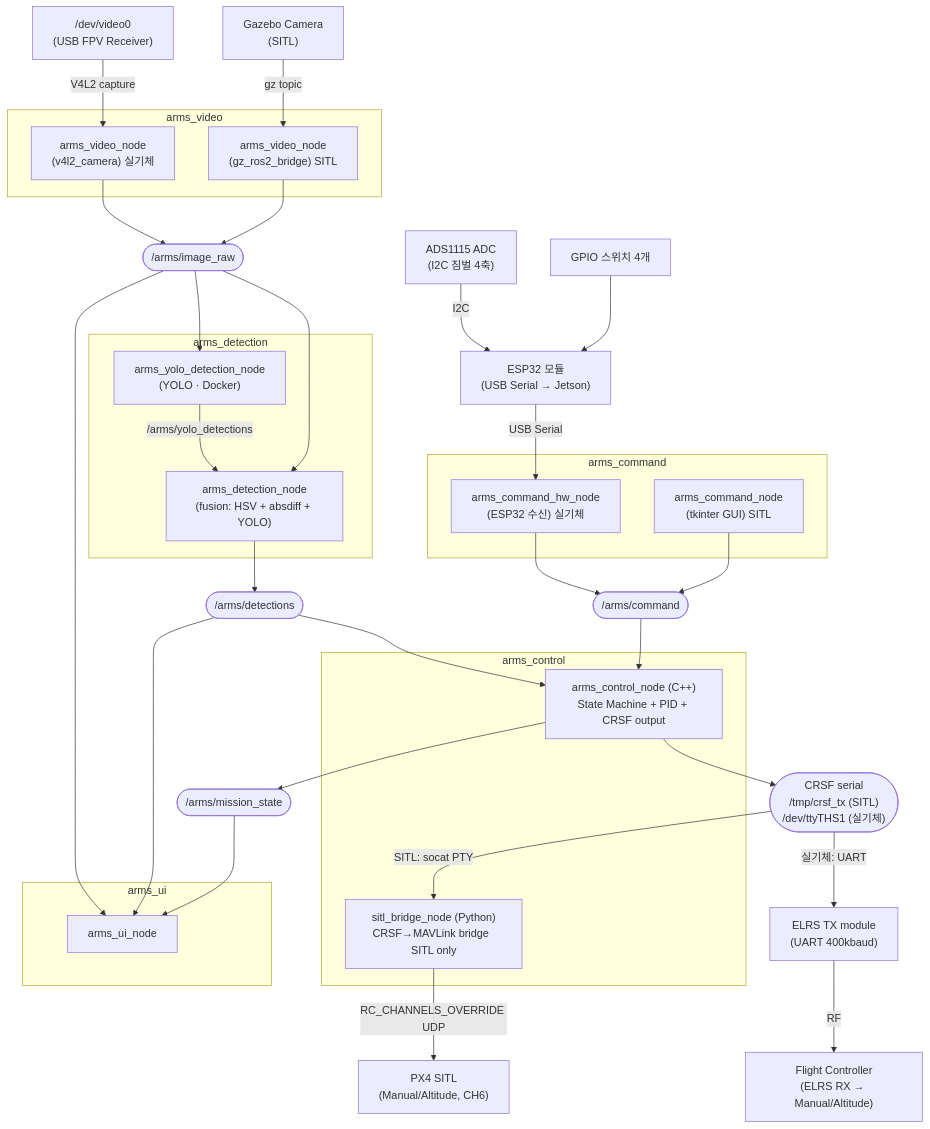
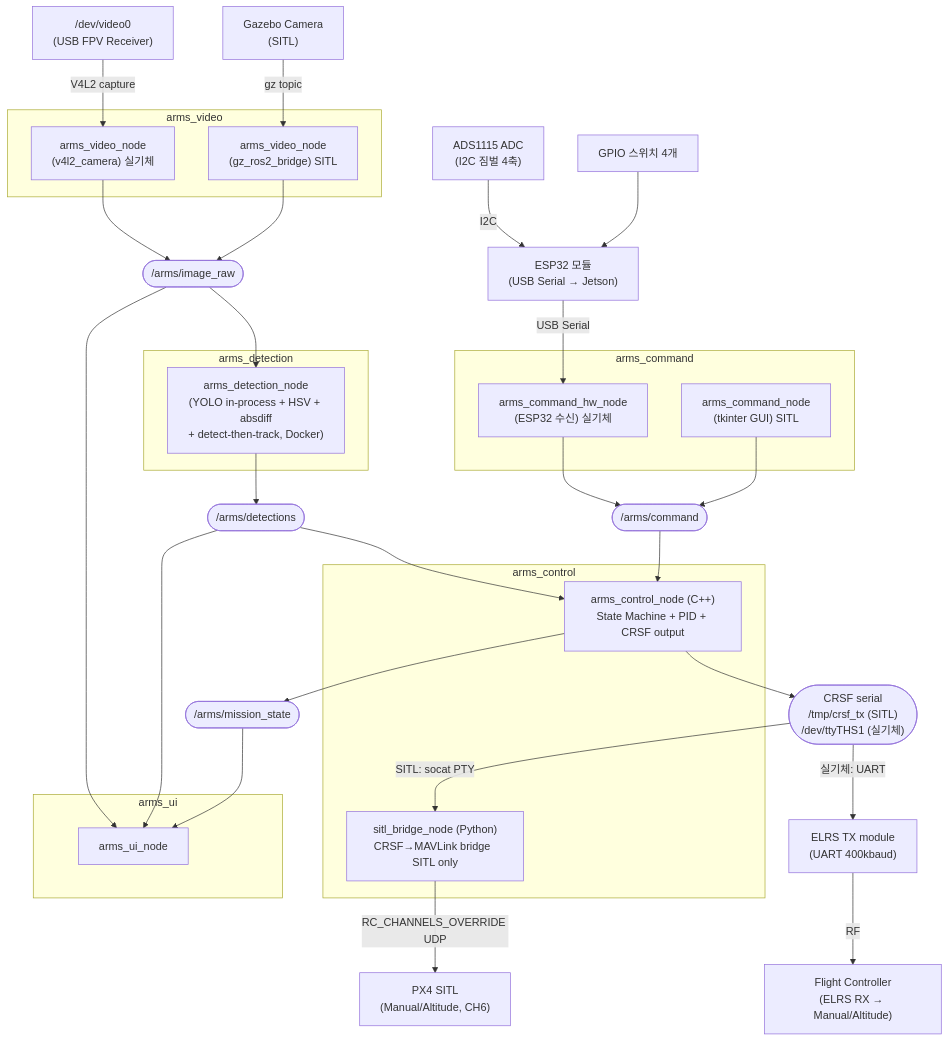
One commit to tokhun2002/A.R.M.S.-Anti-drone-Reusable-Modular-System- changed the first of 3 diagrams in SW/docs/DESIGN.md. Above: the diagram before and after it, drawn with Mermaid. The commit also changed other lines of this file and 6 other files, not shown here.

````diff
--- a/SW/docs/DESIGN.md
+++ b/SW/docs/DESIGN.md
@@ -64,69 +64,66 @@
 ```mermaid
 graph TD
     GAZEBO["Gazebo Camera<br/>(SITL)"]
     V4L2["/dev/video0<br/>(USB FPV Receiver)"]
 
     subgraph arms_video ["arms_video"]
         VN_REAL["arms_video_node<br/>(v4l2_camera) 실기체"]
         VN_SITL["arms_video_node<br/>(gz_ros2_bridge) SITL"]
     end
 
     IMAGE(["/arms/image_raw"])
 
     subgraph arms_detection ["arms_detection"]
-        DN_YOLO["arms_yolo_detection_node<br/>(YOLO · Docker)"]
-        DN_FUSION["arms_detection_node<br/>(fusion: HSV + absdiff + YOLO)"]
-        DN_YOLO -->|/arms/yolo_detections| DN_FUSION
+        DN_FUSION["arms_detection_node<br/>(YOLO in-process + HSV + absdiff<br/>+ detect-then-track, Docker)"]
     end
 
     subgraph arms_command ["arms_command"]
         CMD_GUI["arms_command_node<br/>(tkinter GUI) SITL"]
         CMD_JOY["arms_command_hw_node<br/>(ESP32 수신) 실기체"]
     end
 
     ADS1115["ADS1115 ADC<br/>(I2C 짐벌 4축)"]
     SWGPIO["GPIO 스위치 4개"]
     ESP32["ESP32 모듈<br/>(USB Serial → Jetson)"]
     JOY(["/arms/command"])
 
     DETECTIONS(["/arms/detections"])
     MISSION_STATE(["/arms/mission_state"])
     CRSF_SERIAL(["CRSF serial<br/>/tmp/crsf_tx (SITL)<br/>/dev/ttyTHS1 (실기체)"])
 
     subgraph arms_control ["arms_control"]
         CN["arms_control_node (C++)<br/>State Machine + PID + CRSF output"]
         BRIDGE["sitl_bridge_node (Python)<br/>CRSF→MAVLink bridge  SITL only"]
     end
 
     subgraph arms_ui ["arms_ui"]
         UN["arms_ui_node"]
     end
 
     FC_SITL["PX4 SITL<br/>(Manual/Altitude, CH6)"]
     FC_HW["Flight Controller<br/>(ELRS RX → Manual/Altitude)"]
     ELRS_TX["ELRS TX module<br/>(UART 400kbaud)"]
 
     V4L2 -->|V4L2 capture| VN_REAL
     GAZEBO -->|gz topic| VN_SITL
     ADS1115 -->|I2C| ESP32
     SWGPIO --> ESP32
     ESP32 -->|USB Serial| CMD_JOY
     CMD_JOY --> JOY
     CMD_GUI --> JOY
     VN_REAL --> IMAGE
     VN_SITL --> IMAGE
-    IMAGE --> DN_YOLO
     IMAGE --> DN_FUSION
     IMAGE --> UN
     DN_FUSION --> DETECTIONS
     DETECTIONS --> CN
     DETECTIONS --> UN
     JOY --> CN
     CN --> MISSION_STATE
     CN --> CRSF_SERIAL
     MISSION_STATE --> UN
     CRSF_SERIAL -->|SITL: socat PTY| BRIDGE
     BRIDGE -->|RC_CHANNELS_OVERRIDE UDP| FC_SITL
     CRSF_SERIAL -->|실기체: UART| ELRS_TX
     ELRS_TX -->|RF| FC_HW
 ```
````
